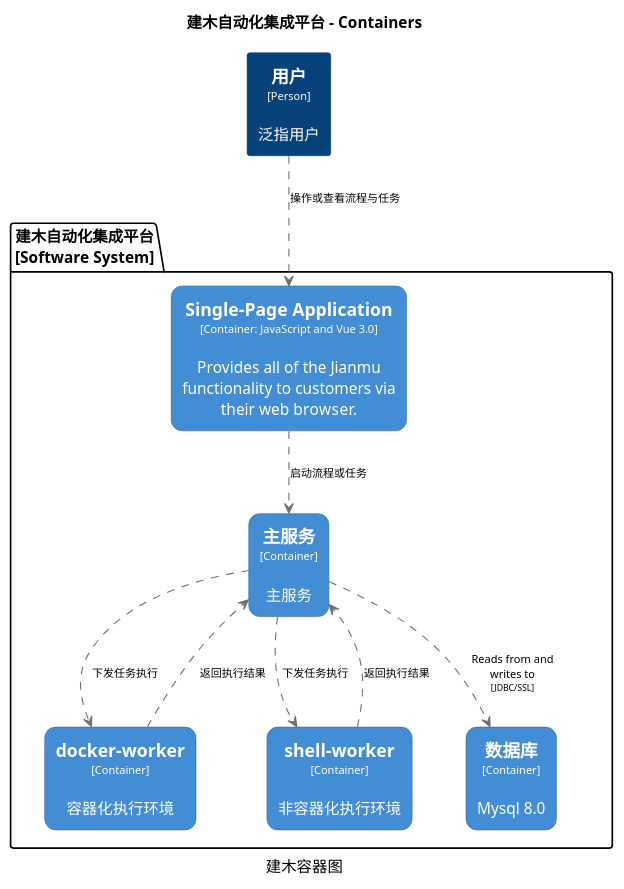
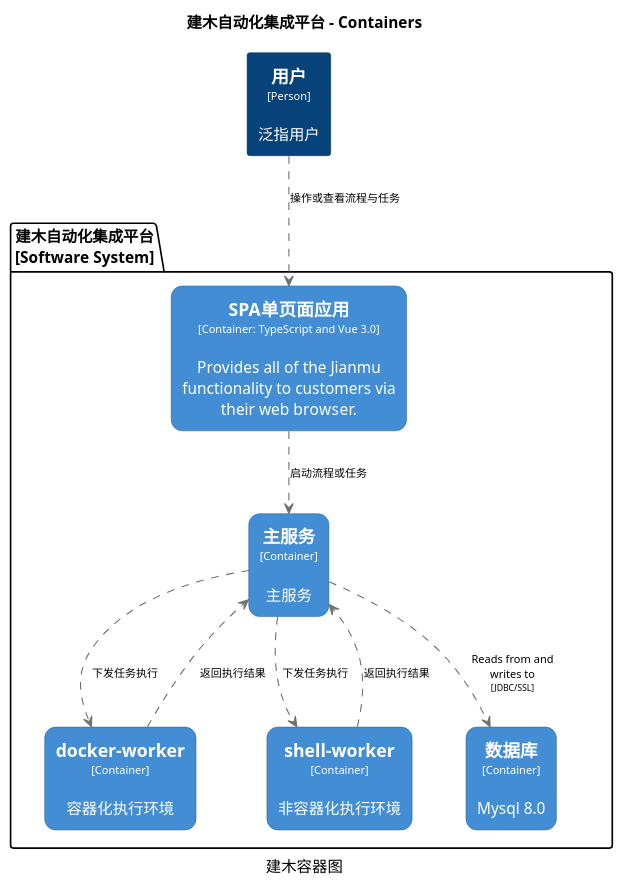
One commit to jianmu-dev/jianmu-architecture-as-code changed the diagram in c4/structurizr-jianmu-container.puml. Above: the diagram before and after it, drawn with PlantUML. The commit also changed 6 other files, not shown here.

```diff
--- a/c4/structurizr-jianmu-container.puml
+++ b/c4/structurizr-jianmu-container.puml
@@ -1,64 +1,64 @@
 @startuml(id=jianmu-container)
 title 建木自动化集成平台 - Containers
 caption 建木容器图
 
 skinparam {
   shadowing false
   arrowFontSize 10
   defaultTextAlignment center
   wrapWidth 200
   maxMessageSize 100
 }
 hide stereotype
 top to bottom direction
 skinparam rectangle<<1>> {
   BackgroundColor #08427b
   FontColor #ffffff
   BorderColor #052E56
 }
-skinparam rectangle<<14>> {
+skinparam rectangle<<3>> {
   BackgroundColor #438dd5
   FontColor #ffffff
   BorderColor #2E6295
   roundCorner 20
 }
-skinparam rectangle<<3>> {
+skinparam rectangle<<14>> {
   BackgroundColor #438dd5
   FontColor #ffffff
   BorderColor #2E6295
   roundCorner 20
 }
 skinparam rectangle<<4>> {
   BackgroundColor #438dd5
   FontColor #ffffff
   BorderColor #2E6295
   roundCorner 20
 }
 skinparam rectangle<<9>> {
   BackgroundColor #438dd5
   FontColor #ffffff
   BorderColor #2E6295
   roundCorner 20
 }
 skinparam rectangle<<10>> {
   BackgroundColor #438dd5
   FontColor #ffffff
   BorderColor #2E6295
   roundCorner 20
 }
 rectangle "==用户\n<size:10>[Person]</size>\n\n泛指用户" <<1>> as 1
 package "建木自动化集成平台\n[Software System]" {
-  rectangle "==Single-Page Application\n<size:10>[Container: JavaScript and Vue 3.0]</size>\n\nProvides all of the Jianmu functionality to customers via their web browser." <<3>> as 3
+  rectangle "==SPA单页面应用\n<size:10>[Container: TypeScript and Vue 3.0]</size>\n\nProvides all of the Jianmu functionality to customers via their web browser." <<3>> as 3
   rectangle "==docker-worker\n<size:10>[Container]</size>\n\n容器化执行环境" <<10>> as 10
   rectangle "==shell-worker\n<size:10>[Container]</size>\n\n非容器化执行环境" <<14>> as 14
   rectangle "==主服务\n<size:10>[Container]</size>\n\n主服务" <<4>> as 4
   rectangle "==数据库\n<size:10>[Container]</size>\n\nMysql 8.0" <<9>> as 9
 }
 3 .[#707070].> 4 : "启动流程或任务"
 10 .[#707070].> 4 : "返回执行结果"
 14 .[#707070].> 4 : "返回执行结果"
 4 .[#707070].> 10 : "下发任务执行"
 4 .[#707070].> 14 : "下发任务执行"
 4 .[#707070].> 9 : "Reads from and writes to\n<size:8>[JDBC/SSL]</size>"
 1 .[#707070].> 3 : "操作或查看流程与任务"
 @enduml
```
